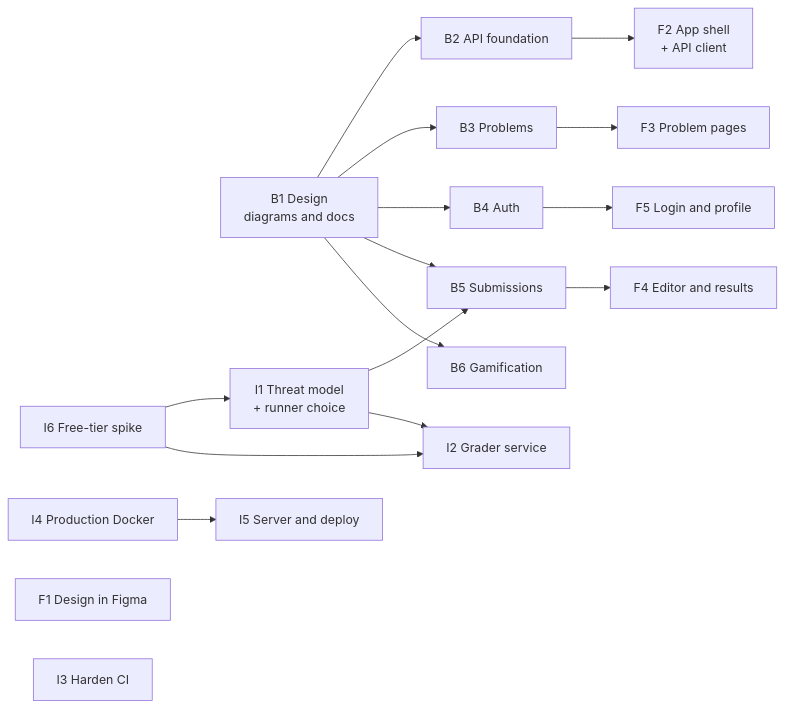
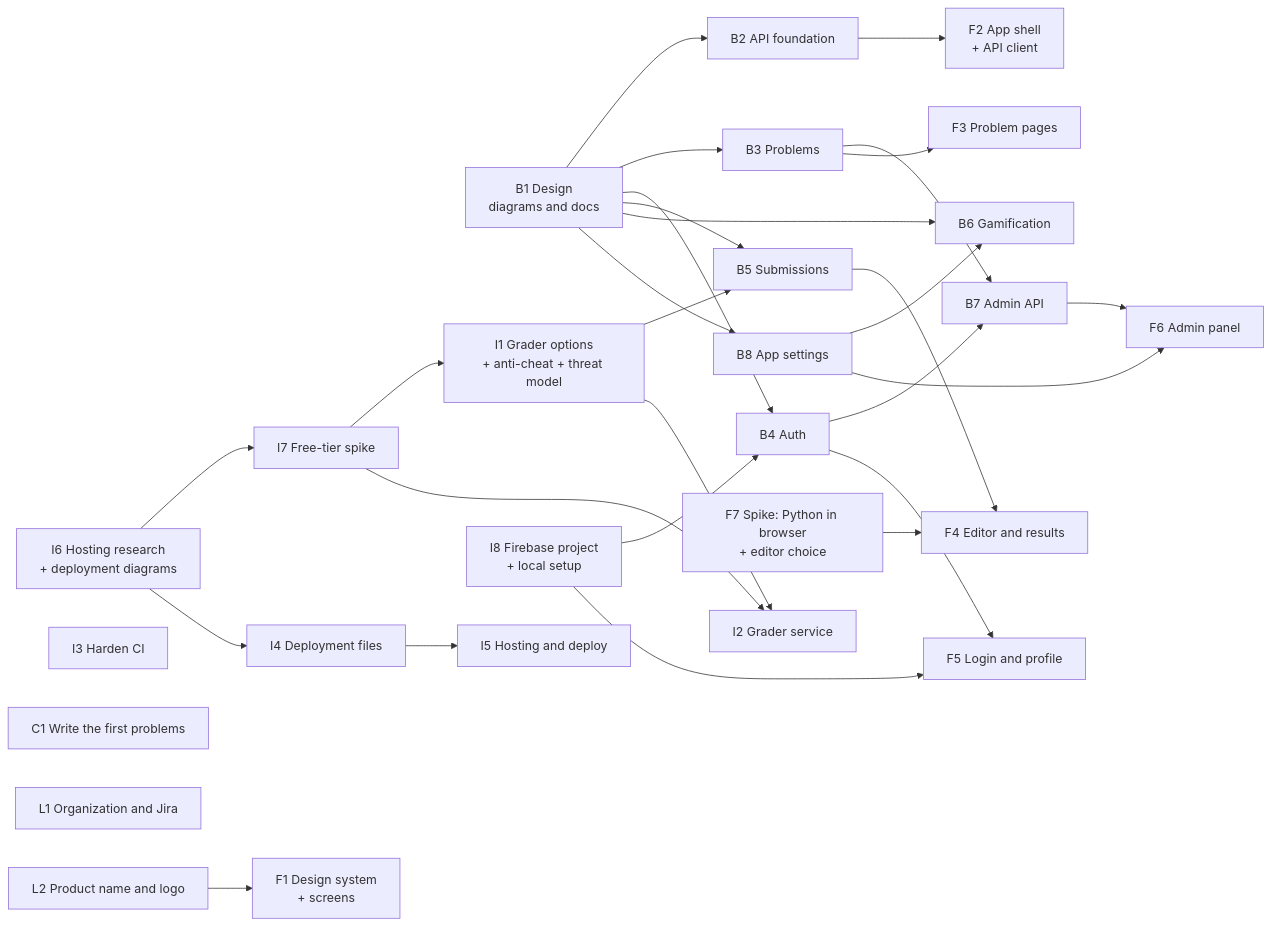
The diagram in docs/roadmap.md (Kerolly/software_engineering_II), drawn with Mermaid before and after one commit. The commit also changed other lines of this file and 9 other files, not shown here.

````diff
--- a/docs/roadmap.md
+++ b/docs/roadmap.md
@@ -13,22 +13,36 @@
 ```mermaid
 flowchart LR
     B1[B1 Design<br/>diagrams and docs] --> B2[B2 API foundation]
     B1 --> B3[B3 Problems]
     B1 --> B4[B4 Auth]
     B1 --> B5[B5 Submissions]
     B1 --> B6[B6 Gamification]
+    B1 --> B8[B8 App settings]
+    B8 --> B6
+    B3 --> B7[B7 Admin API]
+    B4 --> B7
+    B7 --> F6[F6 Admin panel]
+    B8 --> F6
 
     B2 --> F2[F2 App shell<br/>+ API client]
     B3 --> F3[F3 Problem pages]
     B5 --> F4[F4 Editor and results]
     B4 --> F5[F5 Login and profile]
 
-    I1[I1 Threat model<br/>+ runner choice] --> B5
+    I1[I1 Grader options<br/>+ anti-cheat + threat model] --> B5
     I1 --> I2[I2 Grader service]
-    I6[I6 Free-tier spike] --> I1
-    I6 --> I2
-    I4[I4 Production Docker] --> I5[I5 Server and deploy]
+    I7[I7 Free-tier spike] --> I1
+    I7 --> I2
+    I6[I6 Hosting research<br/>+ deployment diagrams] --> I7
+    I6 --> I4[I4 Deployment files]
+    I4 --> I5[I5 Hosting and deploy]
 
-    F1[F1 Design in Figma]
+    I8[I8 Firebase project<br/>+ local setup] --> B4
+    I8 --> F5
+    F7[F7 Spike: Python in browser<br/>+ editor choice] --> F4
+    F1[F1 Design system<br/>+ screens]
     I3[I3 Harden CI]
+    C1[C1 Write the first problems]
+    L1[L1 Organization and Jira]
+    L2[L2 Product name and logo] --> F1
 ```
````
